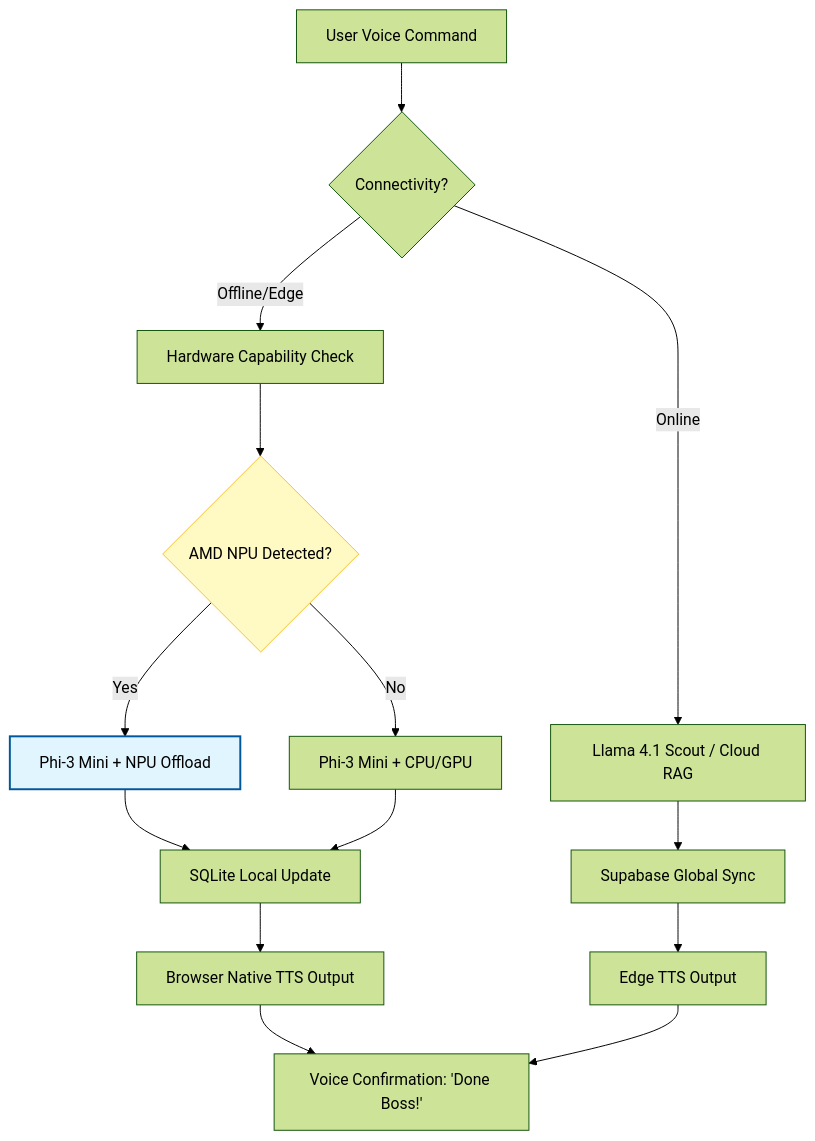
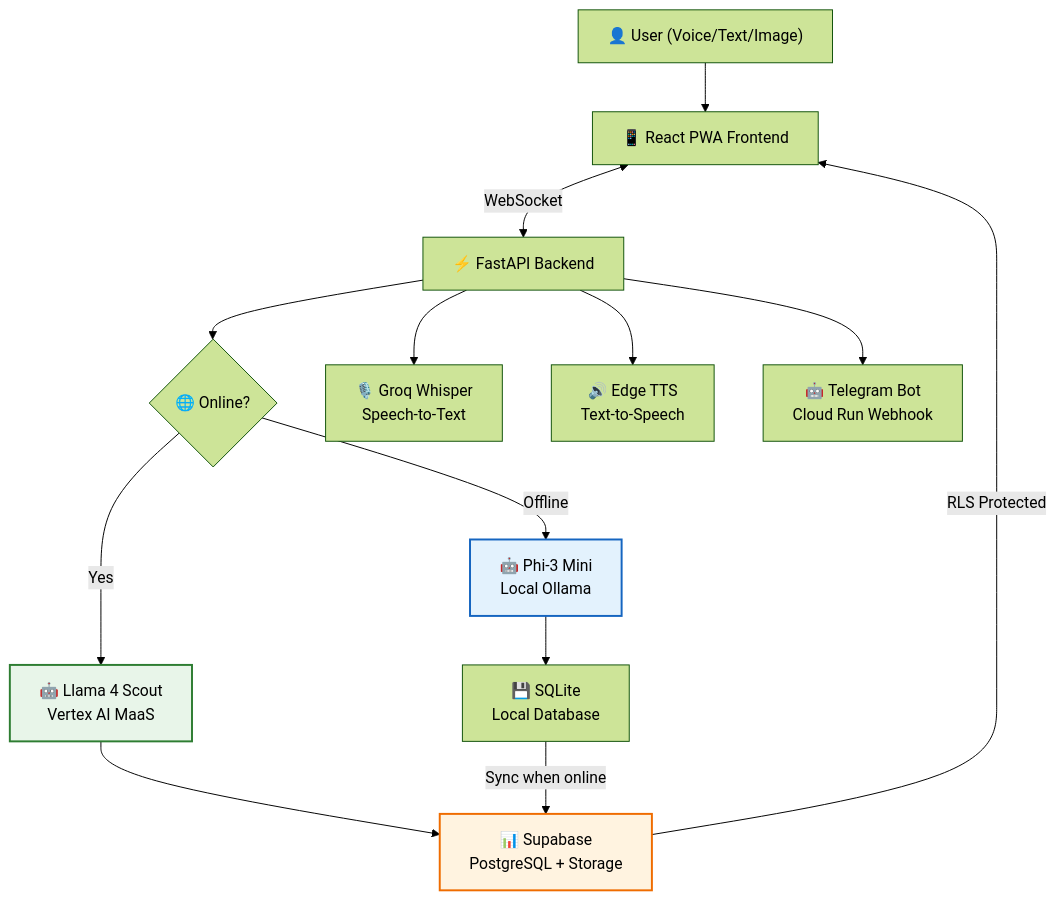
Before and after one commit to mazi3012/dukansathi-monorepo: the first of 2 diagrams in README.md, drawn with Mermaid (forest theme). The commit also changed other lines of this file and 2 other files, not shown here.

Commit message:
docs: rewrite README with updated architecture diagrams, full feature list, security section, API reference

````diff
--- a/README.md
+++ b/README.md
@@ -30,24 +35,26 @@
 ```mermaid
 graph TD
-    A["User Voice Command"] --> B{"Connectivity?"}
+    A["👤 User (Voice/Text/Image)"] --> B["📱 React PWA Frontend"]
     
-    B -- "Online" --> C["Llama 4.1 Scout / Cloud RAG"]
-    C --> D["Supabase Global Sync"]
-    D --> E["Edge TTS Output"]
+    B <-->|WebSocket| C["⚡ FastAPI Backend"]
     
-    B -- "Offline/Edge" --> F["Hardware Capability Check"]
-    F --> G{"AMD NPU Detected?"}
+    C --> D{"🌐 Online?"}
     
-    G -- "Yes" --> H["Phi-3 Mini + NPU Offload"]
-    G -- "No" --> I["Phi-3 Mini + CPU/GPU"]
+    D -->|Yes| E["🤖 Llama 4 Scout<br/>Vertex AI MaaS"]
+    D -->|Offline| F["🤖 Phi-3 Mini<br/>Local Ollama"]
     
-    H --> J["SQLite Local Update"]
-    I --> J
-    J --> K["Browser Native TTS Output"]
+    E --> G["📊 Supabase<br/>PostgreSQL + Storage"]
+    F --> H["💾 SQLite<br/>Local Database"]
     
-    K --> L["Voice Confirmation: 'Done Boss!'"]
-    E --> L
+    C --> I["🎙️ Groq Whisper<br/>Speech-to-Text"]
+    C --> J["🔊 Edge TTS<br/>Text-to-Speech"]
     
-    style H fill:#e1f5fe,stroke:#01579b,stroke-width:2px
-    style G fill:#fff9c4,stroke:#fbc02d
+    C --> K["🤖 Telegram Bot<br/>Cloud Run Webhook"]
+    
+    G -->|"RLS Protected"| B
+    H -->|"Sync when online"| G
+    
+    style E fill:#e8f5e9,stroke:#2e7d32,stroke-width:2px
+    style F fill:#e3f2fd,stroke:#1565c0,stroke-width:2px
+    style G fill:#fff3e0,stroke:#ef6c00,stroke-width:2px
 ```
````
